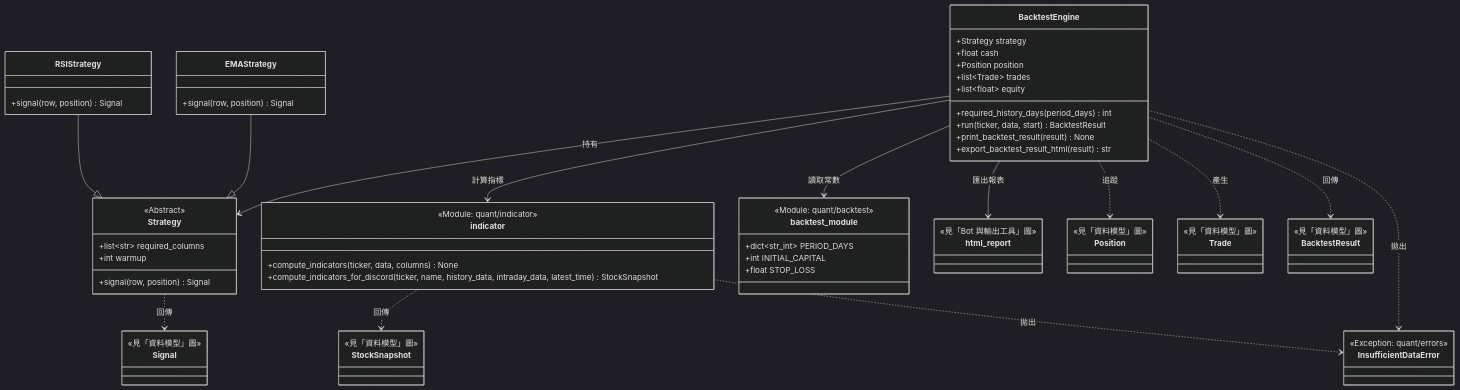
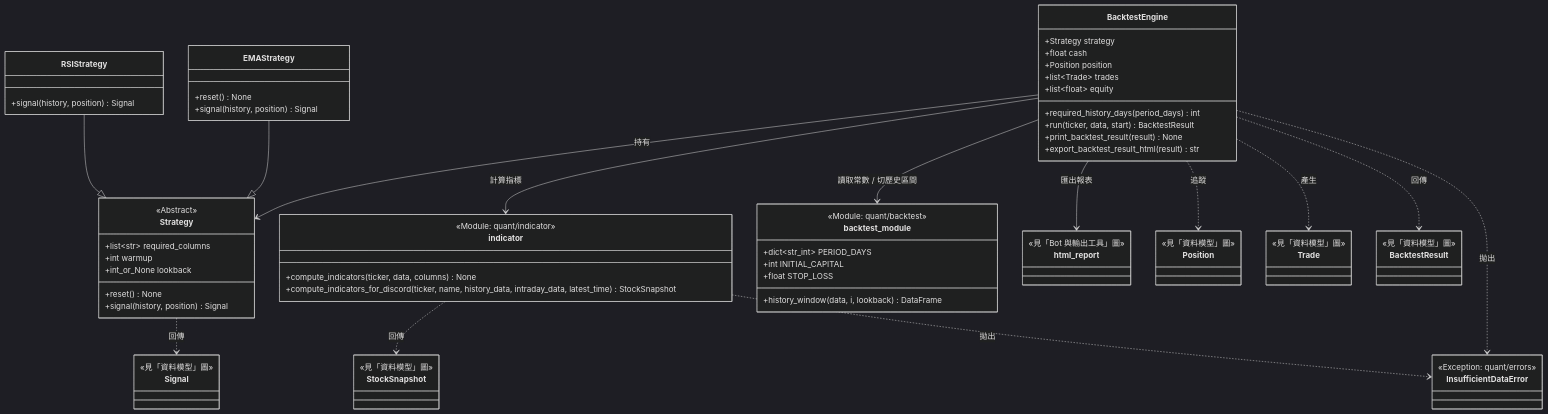
Before and after one commit to JialaChang/Discord-Stock-Bot: the second of 6 diagrams in docs/UML.md, drawn with Mermaid (dark theme). The commit also changed other lines of this file and 7 other files, not shown here.

First line of the commit message:
feat(quant): trade EMA crossings as events over a strategy history window

```diff
--- a/docs/UML.md
+++ b/docs/UML.md
@@ -91,15 +91,18 @@
         <<Abstract>>
         +list~str~ required_columns
         +int warmup
-        +signal(row, position) Signal
+        +int_or_None lookback
+        +reset() None
+        +signal(history, position) Signal
     }
 
     class RSIStrategy {
-        +signal(row, position) Signal
+        +signal(history, position) Signal
     }
 
     class EMAStrategy {
-        +signal(row, position) Signal
+        +reset() None
+        +signal(history, position) Signal
     }
 
     class backtest_module {
@@ -107,6 +110,7 @@
         +dict~str_int~ PERIOD_DAYS
         +int INITIAL_CAPITAL
         +float STOP_LOSS
+        +history_window(data, i, lookback) DataFrame
     }
 
     class BacktestEngine {
@@ -151,7 +155,7 @@
     indicator ..> InsufficientDataError : 拋出
     BacktestEngine --> Strategy : 持有
     BacktestEngine --> indicator : 計算指標
-    BacktestEngine --> backtest_module : 讀取常數
+    BacktestEngine --> backtest_module : 讀取常數 / 切歷史區間
     BacktestEngine --> html_report : 匯出報表
     BacktestEngine ..> Position : 追蹤
     BacktestEngine ..> Trade : 產生
```
